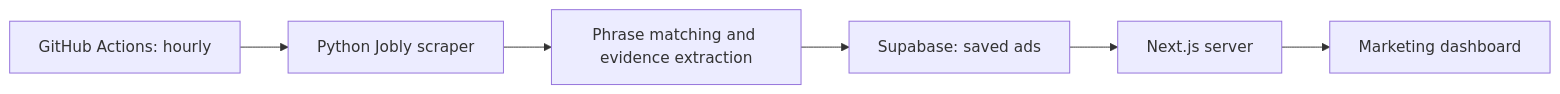
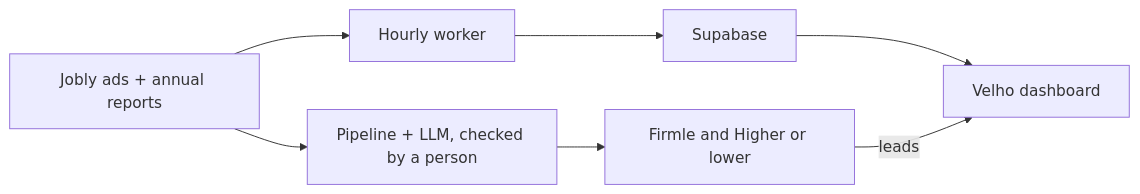
One commit to Ja-Jau/prompt-operations-hack changed the diagram in README.md. Above: the diagram before and after it, drawn with Mermaid. The commit also changed other lines of this file, not shown here.

````diff
--- a/README.md
+++ b/README.md
@@ -51,8 +42,7 @@
 ```mermaid
 flowchart LR
-    A[GitHub Actions: hourly] --> B[Python Jobly scraper]
-    B --> C[Phrase matching and evidence extraction]
-    C --> D[Supabase: saved ads]
-    D --> E[Next.js server]
-    E --> F[Marketing dashboard]
+    A[Jobly ads + annual reports] --> B[Pipeline + LLM, checked by a person]
+    B --> C[Firmle and Higher or lower]
+    A --> D[Hourly worker] --> E[Supabase] --> F[Velho dashboard]
+    C -- leads --> F
 ```
````
